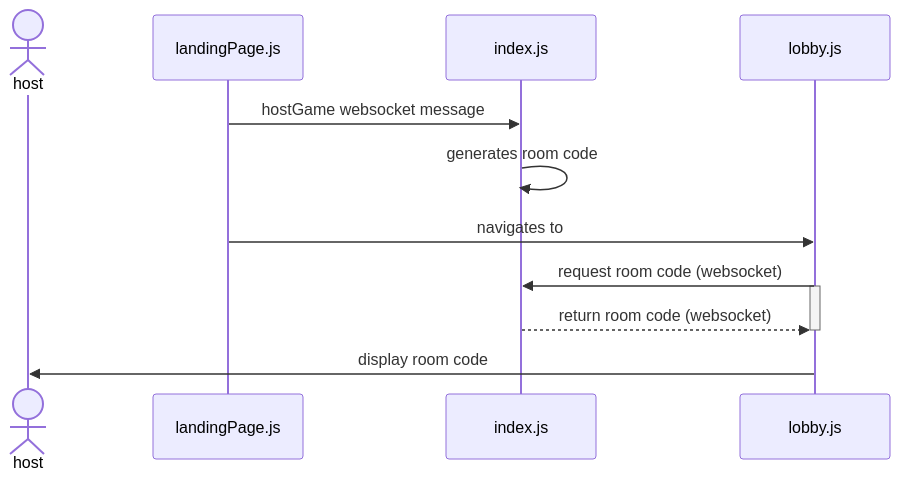
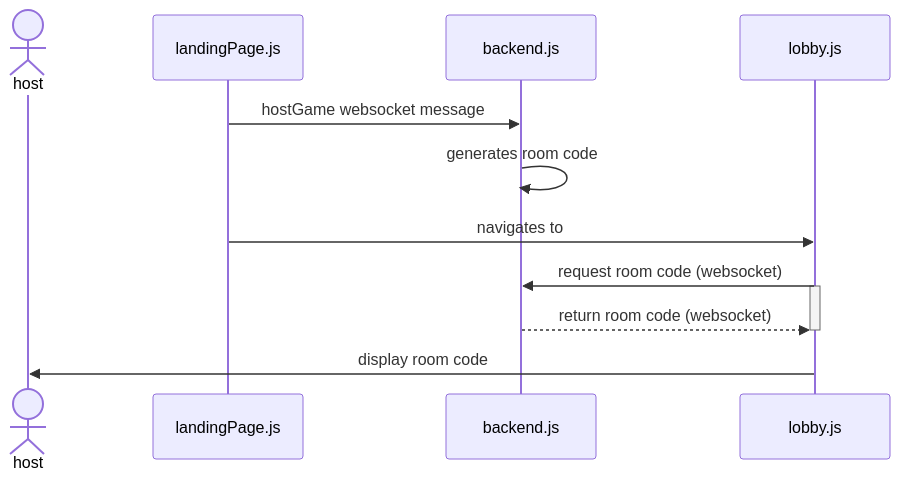
One commit to Capstone-Projects-2025-Spring/project-aac-game-team-a changed the second of 13 diagrams in documentation/docs/system-architecture/design.md. Above: the diagram before and after it, drawn with Mermaid. The commit also changed other lines of this file, not shown here.

Commit message:
added necessary return arrows and explained diagram steps

````diff
--- a/documentation/docs/system-architecture/design.md
+++ b/documentation/docs/system-architecture/design.md
@@ -73,16 +76,16 @@
 ```mermaid
 sequenceDiagram
 
 actor host
 
-landingPage.js ->> index.js: hostGame websocket message
+landingPage.js ->> backend.js: hostGame websocket message
 
-index.js ->> index.js: generates room code
+backend.js ->> backend.js: generates room code
 landingPage.js ->> lobby.js: navigates to
-lobby.js ->> index.js: request room code (websocket)
+lobby.js ->> backend.js: request room code (websocket)
 activate lobby.js
-index.js -->> lobby.js: return room code (websocket)
+backend.js -->> lobby.js: return room code (websocket)
 deactivate lobby.js
 lobby.js ->> host: display room code
 
 ```
````
